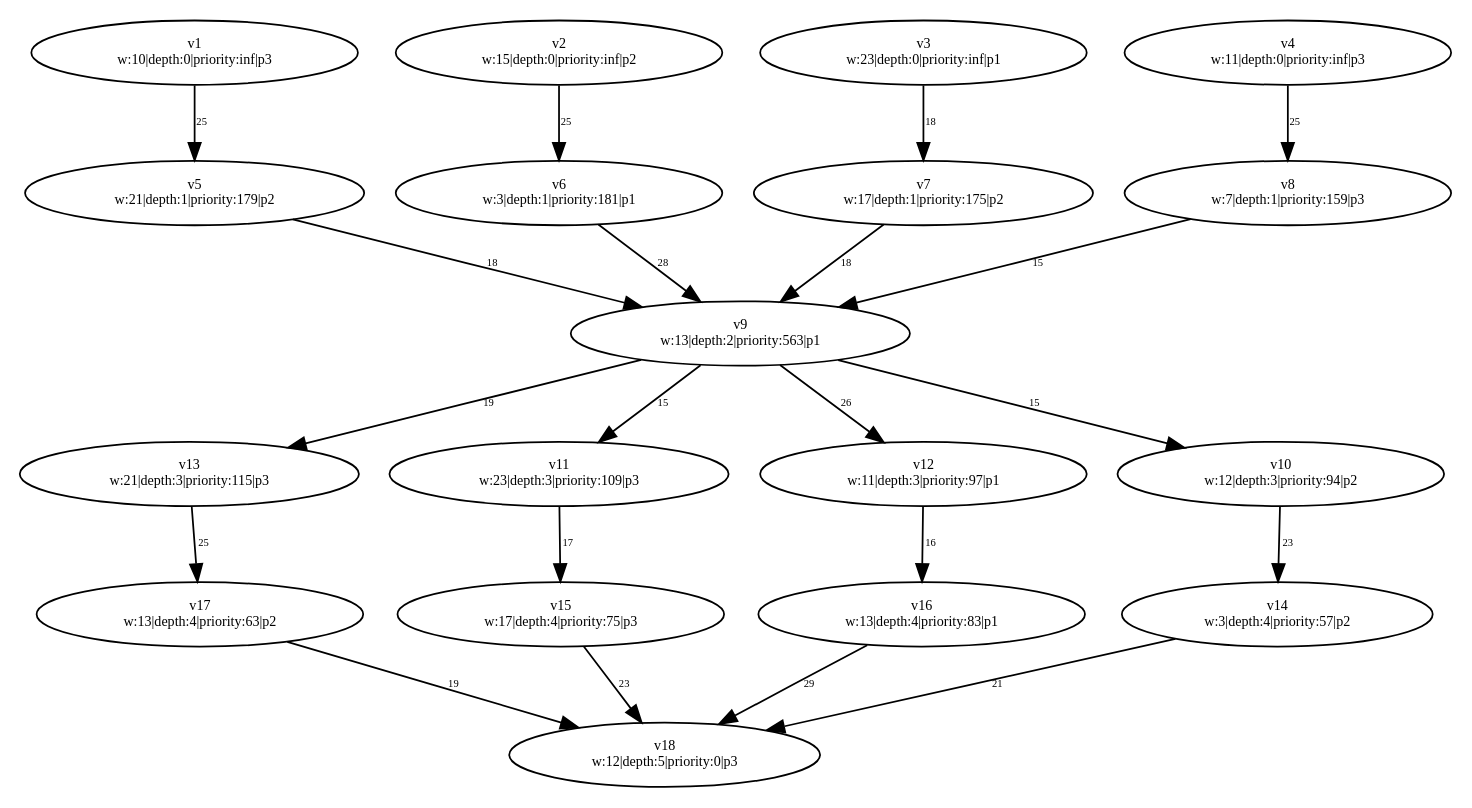
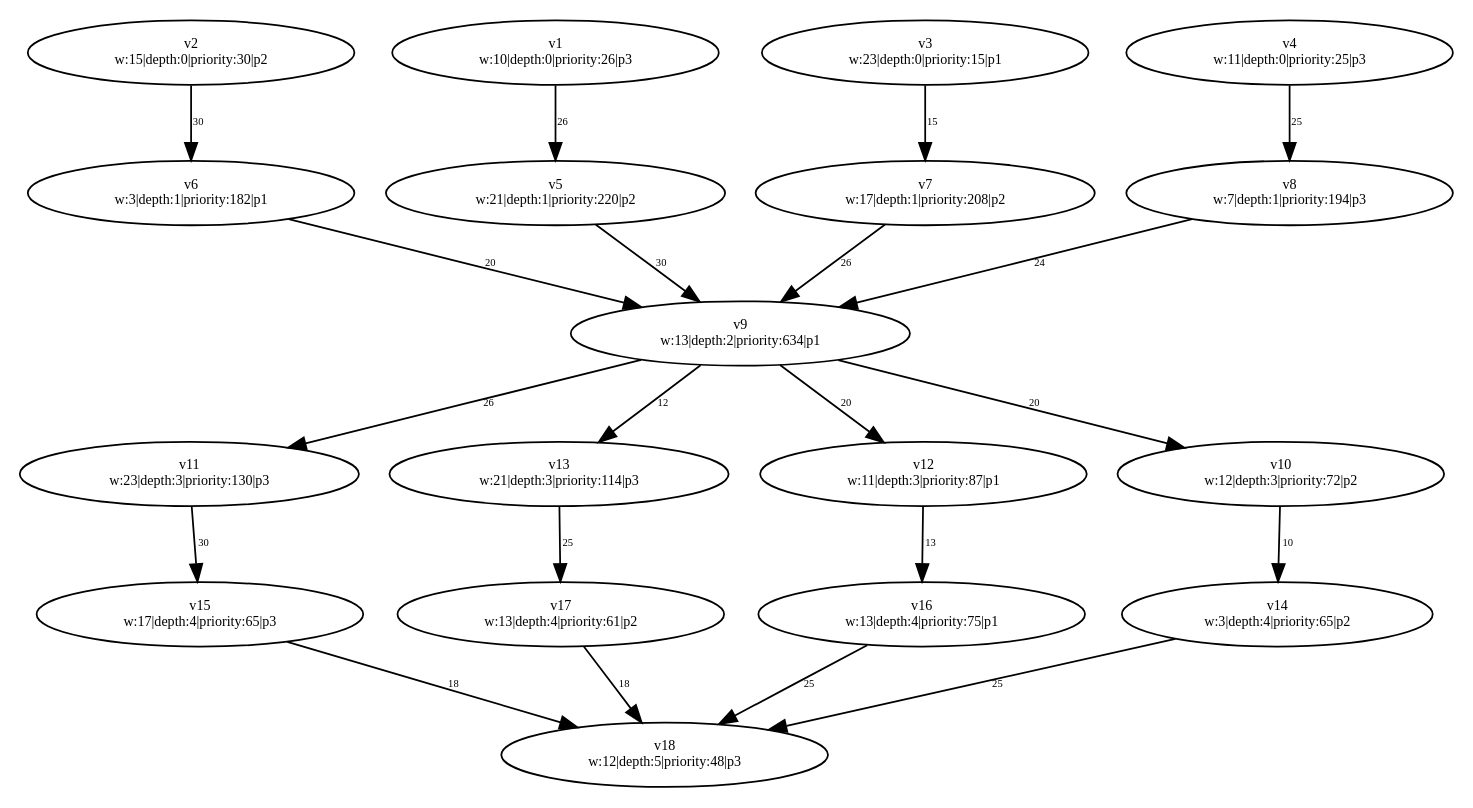
The diagram in PythonApplication1/PythonApplication1/test-output/slika_8.gv (dexters1/Task-Scheduling-Based-on-Genetic-Algorithms), drawn with Graphviz before and after one commit. The commit also changed 54 other files, not shown here.

```diff
--- a/PythonApplication1/PythonApplication1/test-output/slika_8.gv
+++ b/PythonApplication1/PythonApplication1/test-output/slika_8.gv
@@ -1,58 +1,58 @@
 digraph {
+	v2 [label="v2
+w:15|depth:0|priority:30|p2" fontsize=8.0]
 	v1 [label="v1
-w:10|depth:0|priority:inf|p3" fontsize=8.0]
-	v2 [label="v2
-w:15|depth:0|priority:inf|p2" fontsize=8.0]
+w:10|depth:0|priority:26|p3" fontsize=8.0]
+	v4 [label="v4
+w:11|depth:0|priority:25|p3" fontsize=8.0]
 	v3 [label="v3
-w:23|depth:0|priority:inf|p1" fontsize=8.0]
-	v4 [label="v4
-w:11|depth:0|priority:inf|p3" fontsize=8.0]
+w:23|depth:0|priority:15|p1" fontsize=8.0]
+	v5 [label="v5
+w:21|depth:1|priority:220|p2" fontsize=8.0]
+	v7 [label="v7
+w:17|depth:1|priority:208|p2" fontsize=8.0]
+	v8 [label="v8
+w:7|depth:1|priority:194|p3" fontsize=8.0]
 	v6 [label="v6
-w:3|depth:1|priority:181|p1" fontsize=8.0]
-	v5 [label="v5
-w:21|depth:1|priority:179|p2" fontsize=8.0]
-	v7 [label="v7
-w:17|depth:1|priority:175|p2" fontsize=8.0]
-	v8 [label="v8
-w:7|depth:1|priority:159|p3" fontsize=8.0]
+w:3|depth:1|priority:182|p1" fontsize=8.0]
 	v9 [label="v9
-w:13|depth:2|priority:563|p1" fontsize=8.0]
+w:13|depth:2|priority:634|p1" fontsize=8.0]
+	v11 [label="v11
+w:23|depth:3|priority:130|p3" fontsize=8.0]
 	v13 [label="v13
-w:21|depth:3|priority:115|p3" fontsize=8.0]
-	v11 [label="v11
-w:23|depth:3|priority:109|p3" fontsize=8.0]
+w:21|depth:3|priority:114|p3" fontsize=8.0]
 	v12 [label="v12
-w:11|depth:3|priority:97|p1" fontsize=8.0]
+w:11|depth:3|priority:87|p1" fontsize=8.0]
 	v10 [label="v10
-w:12|depth:3|priority:94|p2" fontsize=8.0]
+w:12|depth:3|priority:72|p2" fontsize=8.0]
 	v16 [label="v16
-w:13|depth:4|priority:83|p1" fontsize=8.0]
+w:13|depth:4|priority:75|p1" fontsize=8.0]
+	v14 [label="v14
+w:3|depth:4|priority:65|p2" fontsize=8.0]
 	v15 [label="v15
-w:17|depth:4|priority:75|p3" fontsize=8.0]
+w:17|depth:4|priority:65|p3" fontsize=8.0]
 	v17 [label="v17
-w:13|depth:4|priority:63|p2" fontsize=8.0]
-	v14 [label="v14
-w:3|depth:4|priority:57|p2" fontsize=8.0]
+w:13|depth:4|priority:61|p2" fontsize=8.0]
 	v18 [label="v18
-w:12|depth:5|priority:0|p3" fontsize=8.0]
-	v1 -> v5 [label=25 constraint=true fontsize=6.0]
-	v2 -> v6 [label=25 constraint=true fontsize=6.0]
-	v3 -> v7 [label=18 constraint=true fontsize=6.0]
+w:12|depth:5|priority:48|p3" fontsize=8.0]
+	v1 -> v5 [label=26 constraint=true fontsize=6.0]
+	v2 -> v6 [label=30 constraint=true fontsize=6.0]
+	v3 -> v7 [label=15 constraint=true fontsize=6.0]
 	v4 -> v8 [label=25 constraint=true fontsize=6.0]
-	v5 -> v9 [label=18 constraint=true fontsize=6.0]
-	v6 -> v9 [label=28 constraint=true fontsize=6.0]
-	v7 -> v9 [label=18 constraint=true fontsize=6.0]
-	v8 -> v9 [label=15 constraint=true fontsize=6.0]
-	v9 -> v10 [label=15 constraint=true fontsize=6.0]
-	v9 -> v11 [label=15 constraint=true fontsize=6.0]
-	v9 -> v12 [label=26 constraint=true fontsize=6.0]
-	v9 -> v13 [label=19 constraint=true fontsize=6.0]
-	v10 -> v14 [label=23 constraint=true fontsize=6.0]
-	v11 -> v15 [label=17 constraint=true fontsize=6.0]
-	v12 -> v16 [label=16 constraint=true fontsize=6.0]
+	v5 -> v9 [label=30 constraint=true fontsize=6.0]
+	v6 -> v9 [label=20 constraint=true fontsize=6.0]
+	v7 -> v9 [label=26 constraint=true fontsize=6.0]
+	v8 -> v9 [label=24 constraint=true fontsize=6.0]
+	v9 -> v10 [label=20 constraint=true fontsize=6.0]
+	v9 -> v11 [label=26 constraint=true fontsize=6.0]
+	v9 -> v12 [label=20 constraint=true fontsize=6.0]
+	v9 -> v13 [label=12 constraint=true fontsize=6.0]
+	v10 -> v14 [label=10 constraint=true fontsize=6.0]
+	v11 -> v15 [label=30 constraint=true fontsize=6.0]
+	v12 -> v16 [label=13 constraint=true fontsize=6.0]
 	v13 -> v17 [label=25 constraint=true fontsize=6.0]
-	v14 -> v18 [label=21 constraint=true fontsize=6.0]
-	v15 -> v18 [label=23 constraint=true fontsize=6.0]
-	v16 -> v18 [label=29 constraint=true fontsize=6.0]
-	v17 -> v18 [label=19 constraint=true fontsize=6.0]
+	v14 -> v18 [label=25 constraint=true fontsize=6.0]
+	v15 -> v18 [label=18 constraint=true fontsize=6.0]
+	v16 -> v18 [label=25 constraint=true fontsize=6.0]
+	v17 -> v18 [label=18 constraint=true fontsize=6.0]
 }
```
